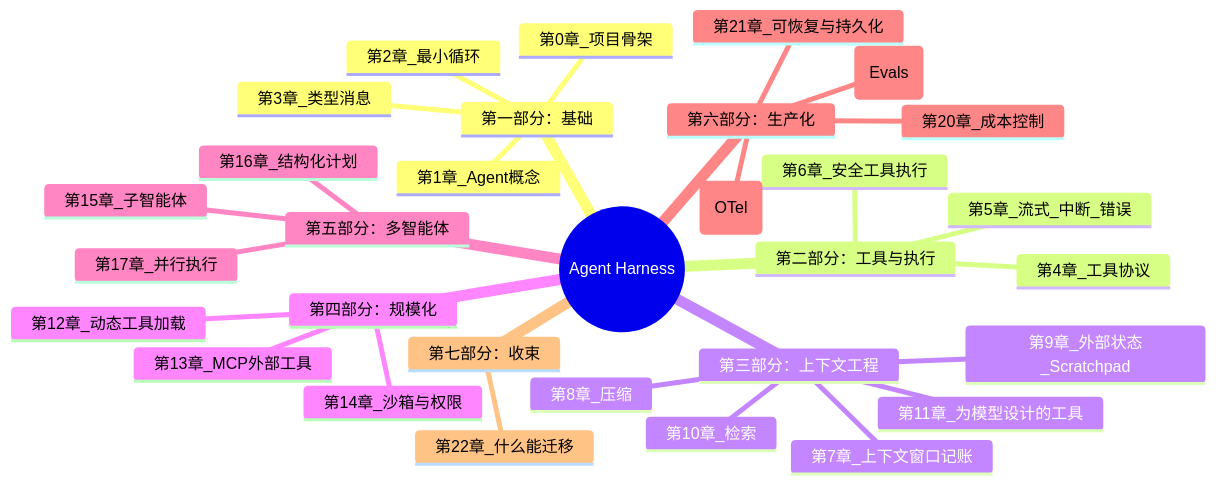
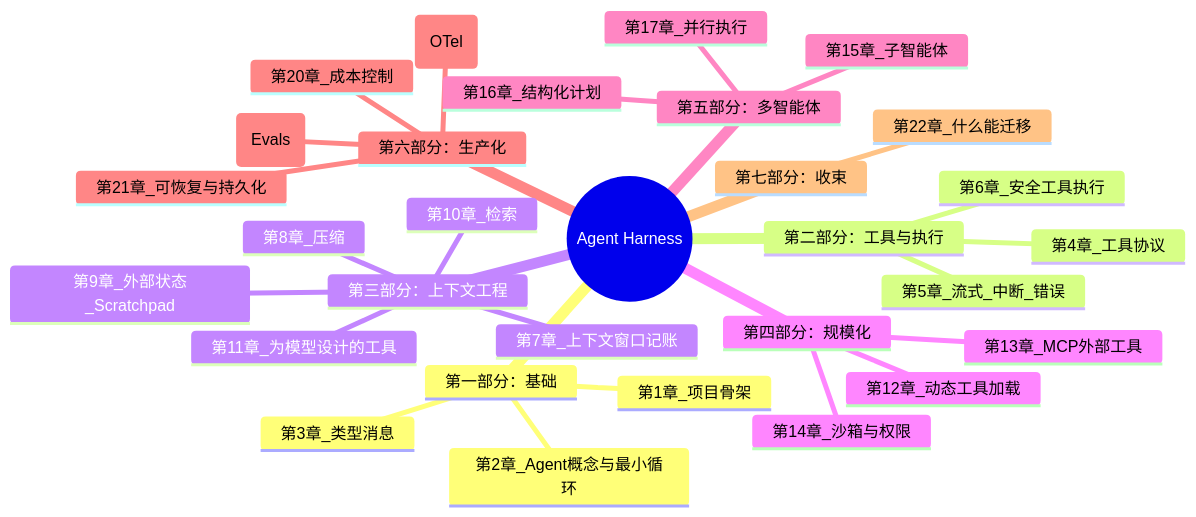
The first of 13 diagrams in docs/ROADMAP.md (erichow/agent-harness), drawn with Mermaid before and after one commit. The commit also changed other lines of this file, not shown here.

First line of the commit message:
docs: 将 ROADMAP.md 全部 ASCII 图升级为 Mermaid 图

````diff
--- a/docs/ROADMAP.md
+++ b/docs/ROADMAP.md
@@ -3,34 +3,33 @@
 ```mermaid
 mindmap
   root((Agent Harness))
     第一部分：基础
-      第0章_项目骨架
-      第1章_Agent概念
-      第2章_最小循环
+      第1章_项目骨架
+      第2章_Agent概念与最小循环
       第3章_类型消息
     第二部分：工具与执行
       第4章_工具协议
       第5章_流式_中断_错误
       第6章_安全工具执行
     第三部分：上下文工程
       第7章_上下文窗口记账
       第8章_压缩
       第9章_外部状态_Scratchpad
       第10章_检索
       第11章_为模型设计的工具
     第四部分：规模化
       第12章_动态工具加载
       第13章_MCP外部工具
       第14章_沙箱与权限
     第五部分：多智能体
       第15章_子智能体
       第16章_结构化计划
       第17章_并行执行
     第六部分：生产化
       第18章_可观测性(OTel)
       第19章_评测(Evals)
       第20章_成本控制
       第21章_可恢复与持久化
     第七部分：收束
       第22章_什么能迁移
 ```
````
